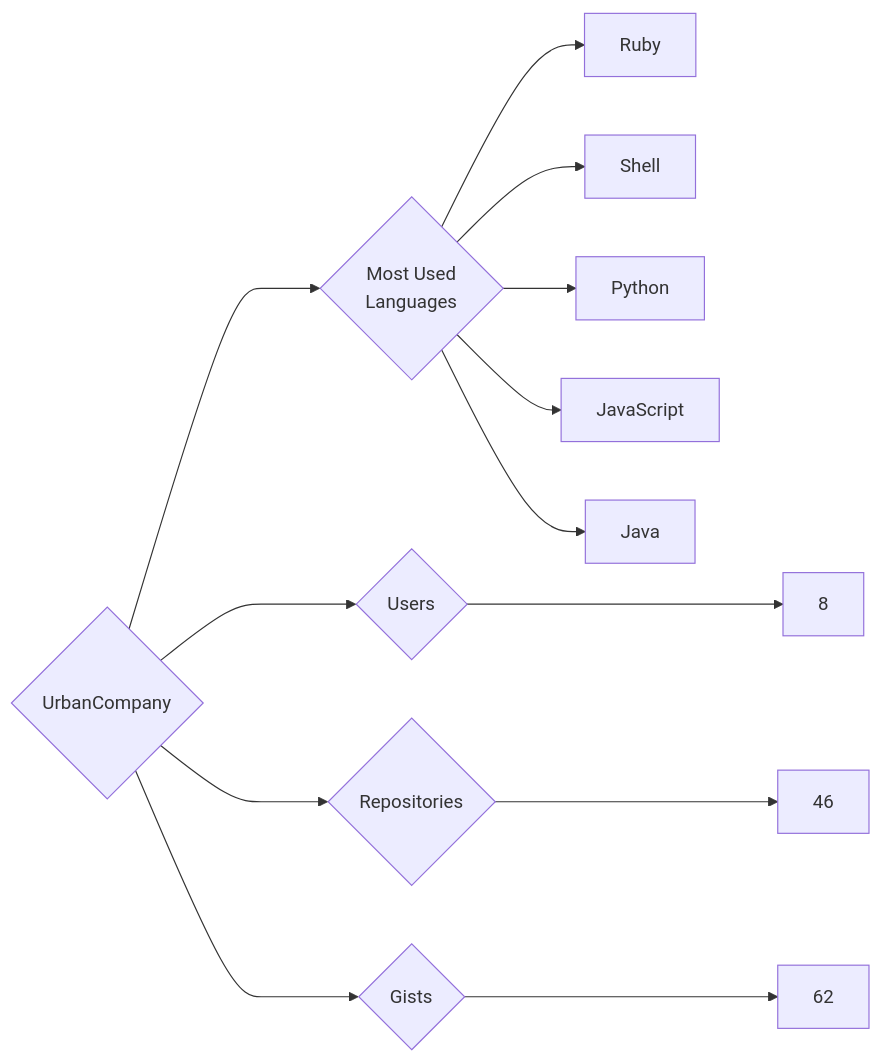
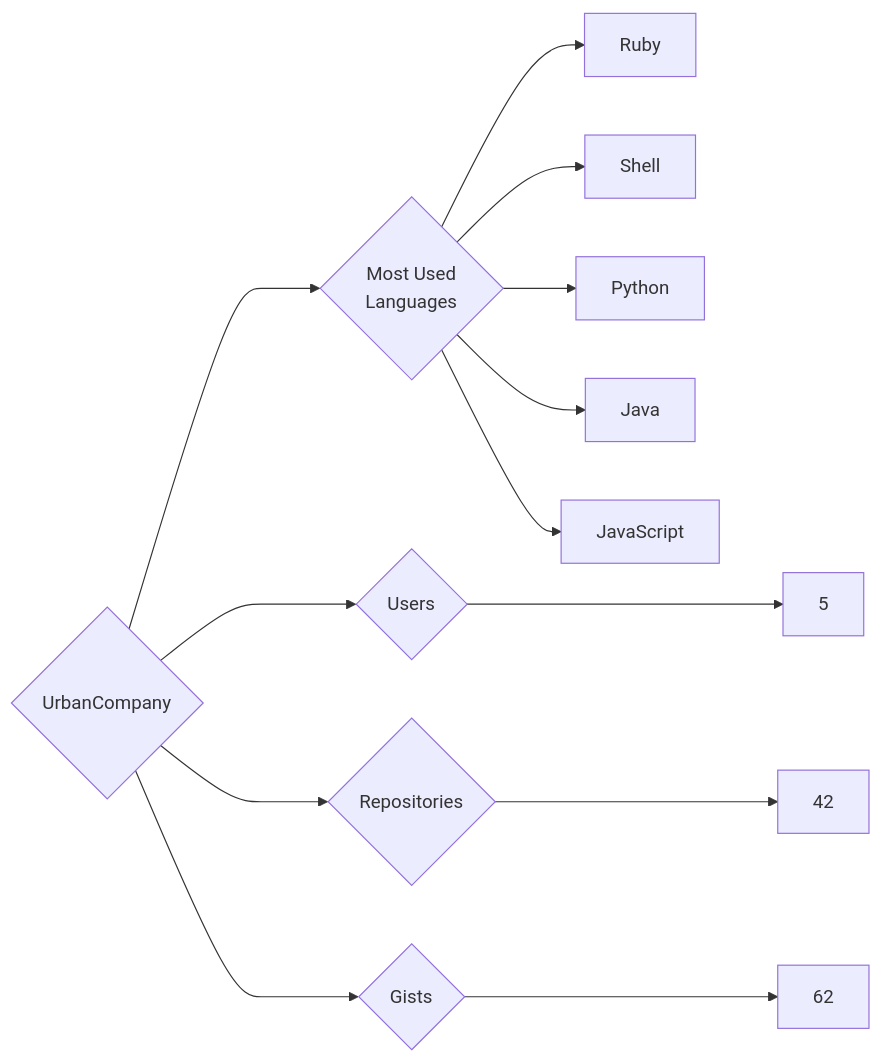
The diagram in targets/UrbanCompany/README.md (trickest/insiders), drawn with Mermaid before and after one commit. The commit also changed 1484 other files, not shown here.

````diff
--- a/targets/UrbanCompany/README.md
+++ b/targets/UrbanCompany/README.md
@@ -3,13 +3,13 @@
 ```mermaid
 graph LR
 COMPANY_NAME{UrbanCompany}
-COMPANY_NAME ---> U{Users} ---> UN[8]
-COMPANY_NAME ---> R{Repositories} ---> RN[46]
+COMPANY_NAME ---> U{Users} ---> UN[5]
+COMPANY_NAME ---> R{Repositories} ---> RN[42]
 COMPANY_NAME ---> G{Gists} ---> GN[62]
 COMPANY_NAME ---> ML{Most Used<br>Languages}
 ML --> Ruby[Ruby]
 ML --> Shell[Shell]
 ML --> Python[Python]
+ML --> Java[Java]
 ML --> JavaScript[JavaScript]
-ML --> Java[Java]
 ```
````
